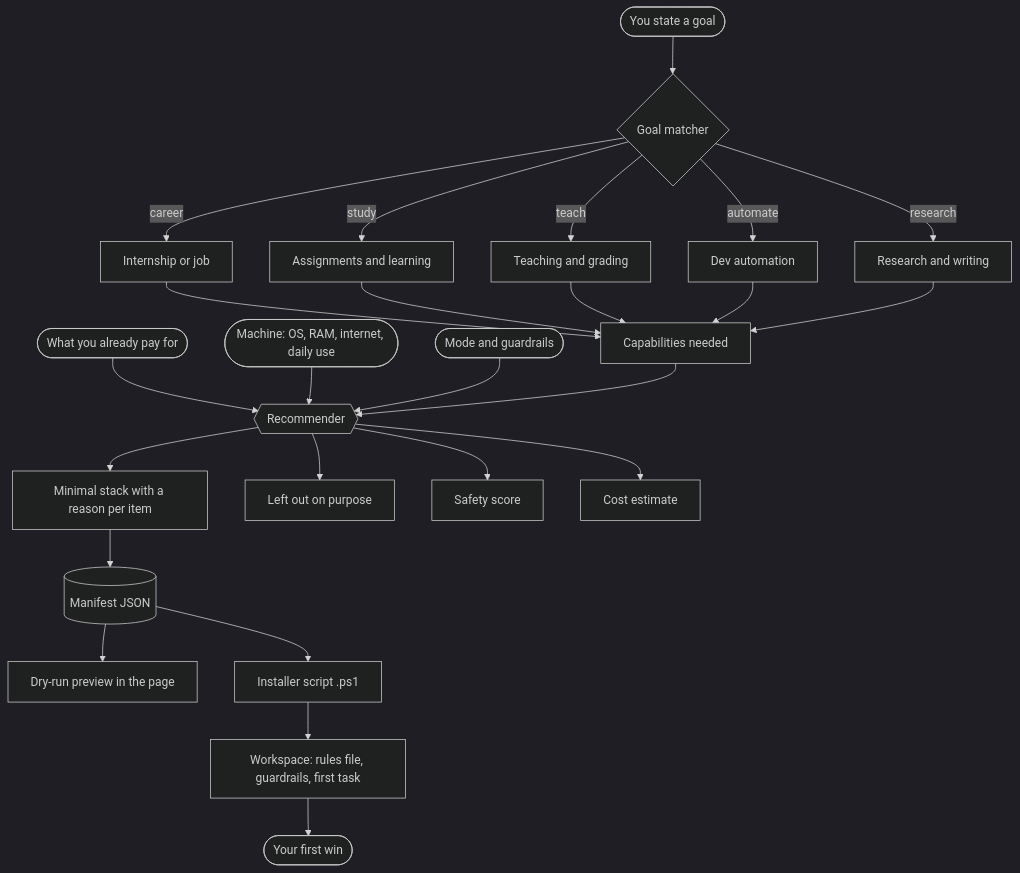
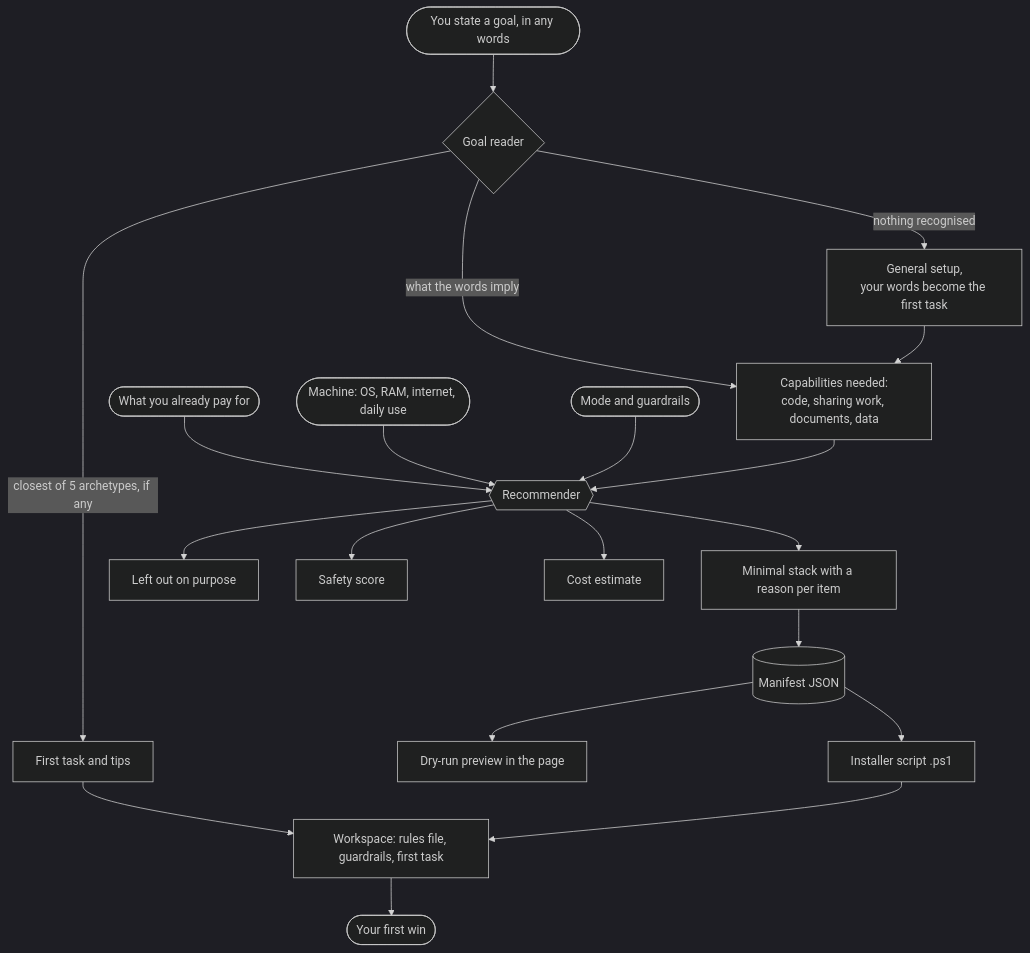
One commit to Arnav-dll/AgentReady changed the first of 6 diagrams in README.md. Above: the diagram before and after it, drawn with Mermaid (dark theme). The commit also changed other lines of this file, not shown here.

First line of the commit message:
Update README for the any-goal reader and the matte design

````diff
--- a/README.md
+++ b/README.md
@@ -48,26 +48,25 @@
 ```mermaid
 flowchart TD
-    A([You state a goal]) --> B{Goal matcher}
-    B -->|career| G1[Internship or job]
-    B -->|study| G2[Assignments and learning]
-    B -->|teach| G3[Teaching and grading]
-    B -->|automate| G4[Dev automation]
-    B -->|research| G5[Research and writing]
-    G1 & G2 & G3 & G4 & G5 --> C[Capabilities needed]
+    A([You state a goal, in any words]) --> B{Goal reader}
+    B -->|what the words imply| C[Capabilities needed:<br/>code, sharing work, documents, data]
+    B -->|closest of 5 archetypes, if any| T[First task and tips]
+    B -->|nothing recognised| G[General setup,<br/>your words become the first task]
+    G --> C
 
     D([What you already pay for]) --> R
     E([Machine: OS, RAM, internet, daily use]) --> R
     F([Mode and guardrails]) --> R
     C --> R{{Recommender}}
+    T --> W
 
     R --> S[Minimal stack with a reason per item]
     R --> K[Left out on purpose]
     R --> SC[Safety score]
     R --> CO[Cost estimate]
 
     S --> M[(Manifest JSON)]
     M --> P[Dry-run preview in the page]
     M --> I[Installer script .ps1]
     I --> W[Workspace: rules file, guardrails, first task]
     W --> Z([Your first win])
 ```
````
